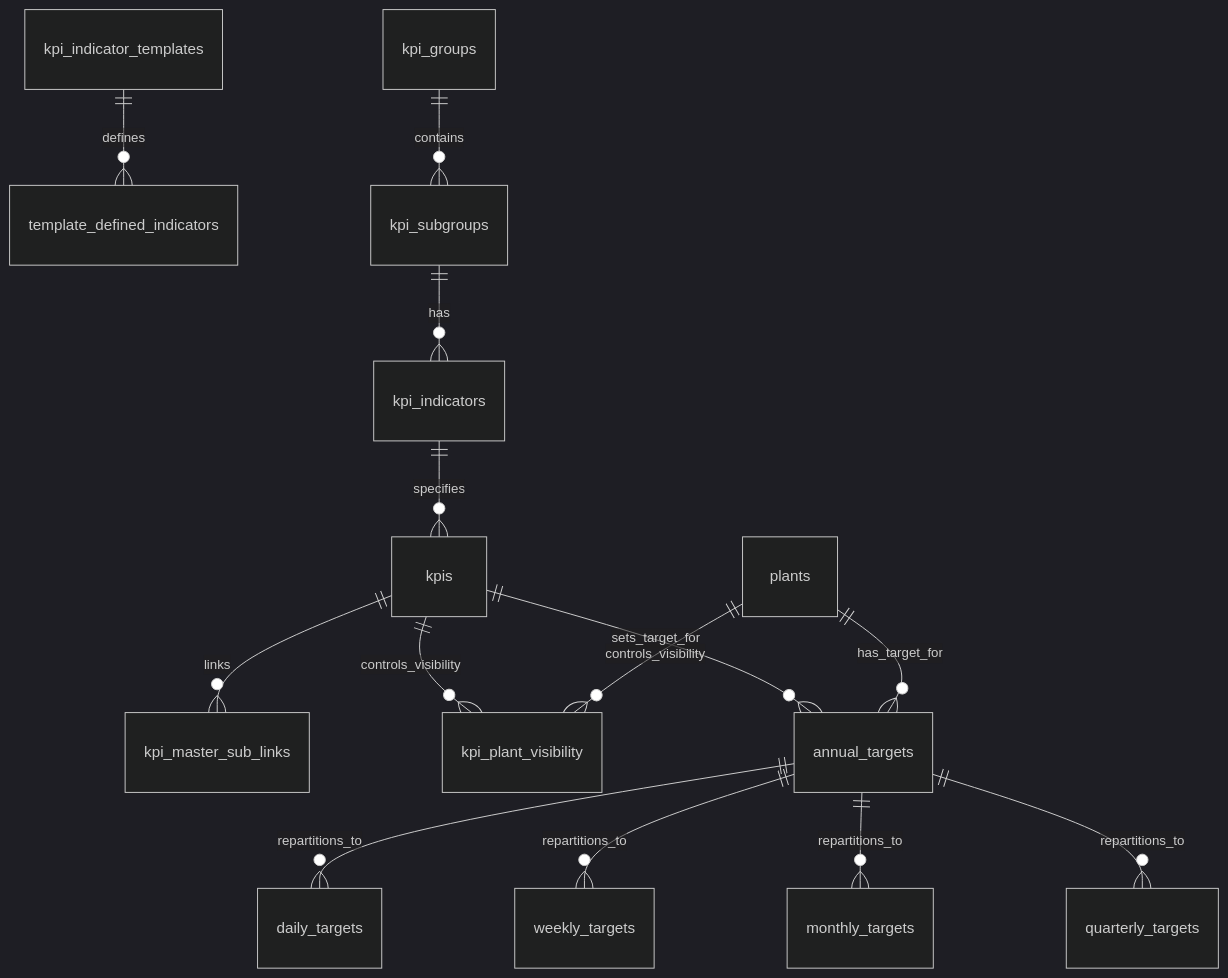
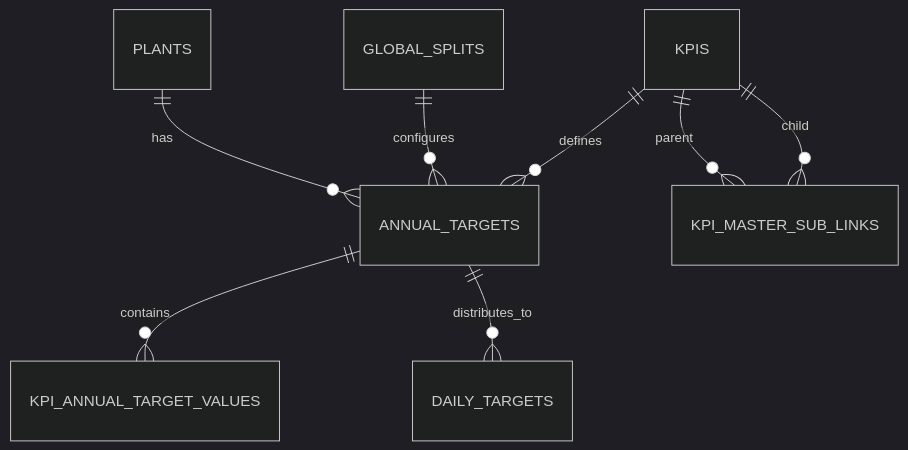
One commit to MGriot/dataentryKPI changed the diagram in docs/database_schema.md. Above: the diagram before and after it, drawn with Mermaid (dark theme). The commit also changed other lines of this file and 24 other files, not shown here.

````diff
--- a/docs/database_schema.md
+++ b/docs/database_schema.md
@@ -222,16 +61,12 @@
 ```mermaid
 erDiagram
-    kpi_indicator_templates ||--o{ template_defined_indicators : "defines"
-    kpi_groups ||--o{ kpi_subgroups : "contains"
-    kpi_subgroups ||--o{ kpi_indicators : "has"
-    kpi_indicators ||--o{ kpis : "specifies"
-    kpis ||--o{ kpi_master_sub_links : "links"
-    kpis ||--o{ kpi_plant_visibility : "controls_visibility"
-    plants ||--o{ kpi_plant_visibility : "controls_visibility"
-    kpis ||--o{ annual_targets : "sets_target_for"
-    plants ||--o{ annual_targets : "has_target_for"
-    annual_targets ||--o{ daily_targets : "repartitions_to"
-    annual_targets ||--o{ weekly_targets : "repartitions_to"
-    annual_targets ||--o{ monthly_targets : "repartitions_to"
-    annual_targets ||--o{ quarterly_targets : "repartitions_to"
+    PLANTS ||--o{ ANNUAL_TARGETS : "has"
+    KPIS ||--o{ ANNUAL_TARGETS : "defines"
+    GLOBAL_SPLITS ||--o{ ANNUAL_TARGETS : "configures"
+    
+    ANNUAL_TARGETS ||--o{ KPI_ANNUAL_TARGET_VALUES : "contains"
+    ANNUAL_TARGETS ||--o{ DAILY_TARGETS : "distributes_to"
+    
+    KPIS ||--o{ KPI_MASTER_SUB_LINKS : "parent"
+    KPIS ||--o{ KPI_MASTER_SUB_LINKS : "child"
 ```
````
